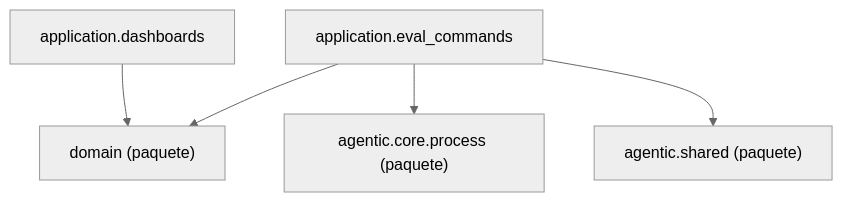
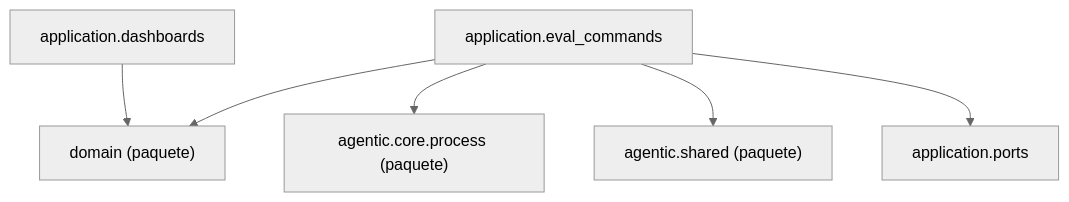
One commit to GonzaloZevallos/agentic-system changed the diagram in docs/architecture/generated/packages-measurement-application.md. Above: the diagram before and after it, drawn with Mermaid (neutral theme). The commit also changed 4 other files, not shown here.

````diff
--- a/docs/architecture/generated/packages-measurement-application.md
+++ b/docs/architecture/generated/packages-measurement-application.md
@@ -8,12 +8,14 @@
 ```mermaid
 graph TD
     g_pkg__agentic__core__process["agentic.core.process (paquete)"]
     g_pkg__agentic__shared["agentic.shared (paquete)"]
     g_pkg__domain["domain (paquete)"]
     m_application__dashboards["application.dashboards"]
     m_application__eval_commands["application.eval_commands"]
+    m_application__ports["application.ports"]
     m_application__dashboards --> g_pkg__domain
     m_application__eval_commands --> g_pkg__agentic__core__process
     m_application__eval_commands --> g_pkg__agentic__shared
     m_application__eval_commands --> g_pkg__domain
+    m_application__eval_commands --> m_application__ports
 ```
````
